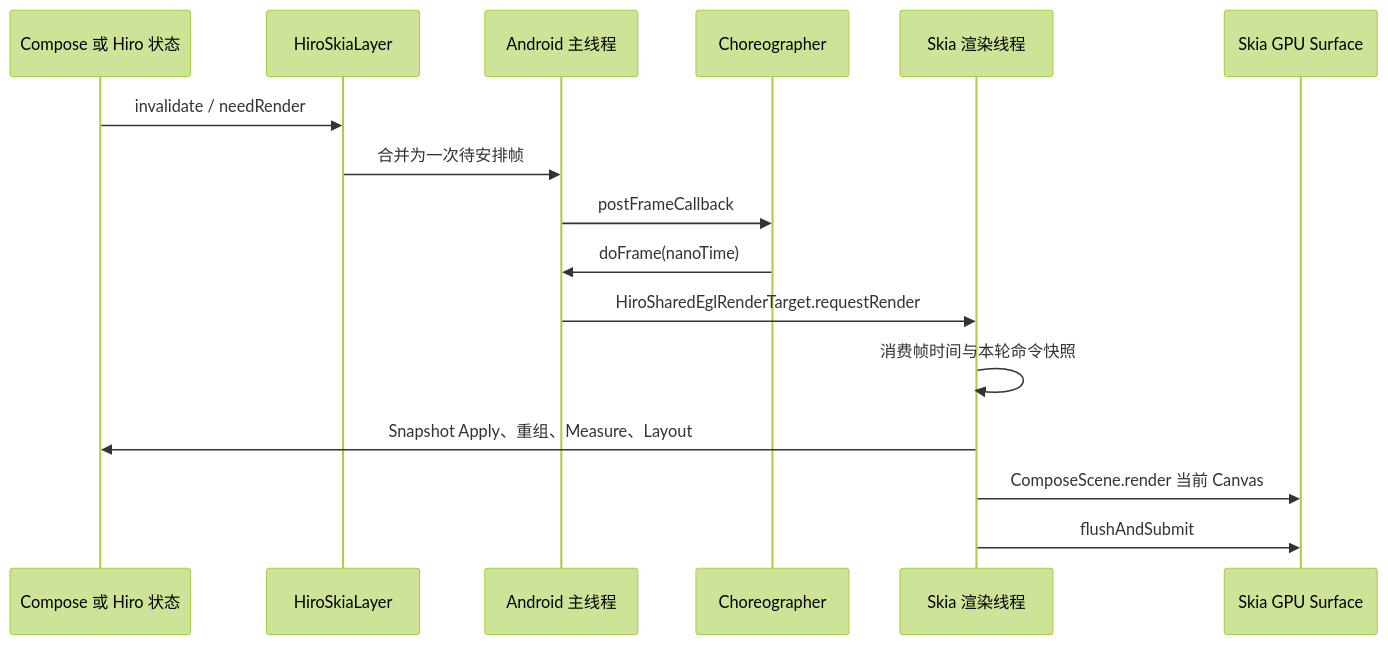
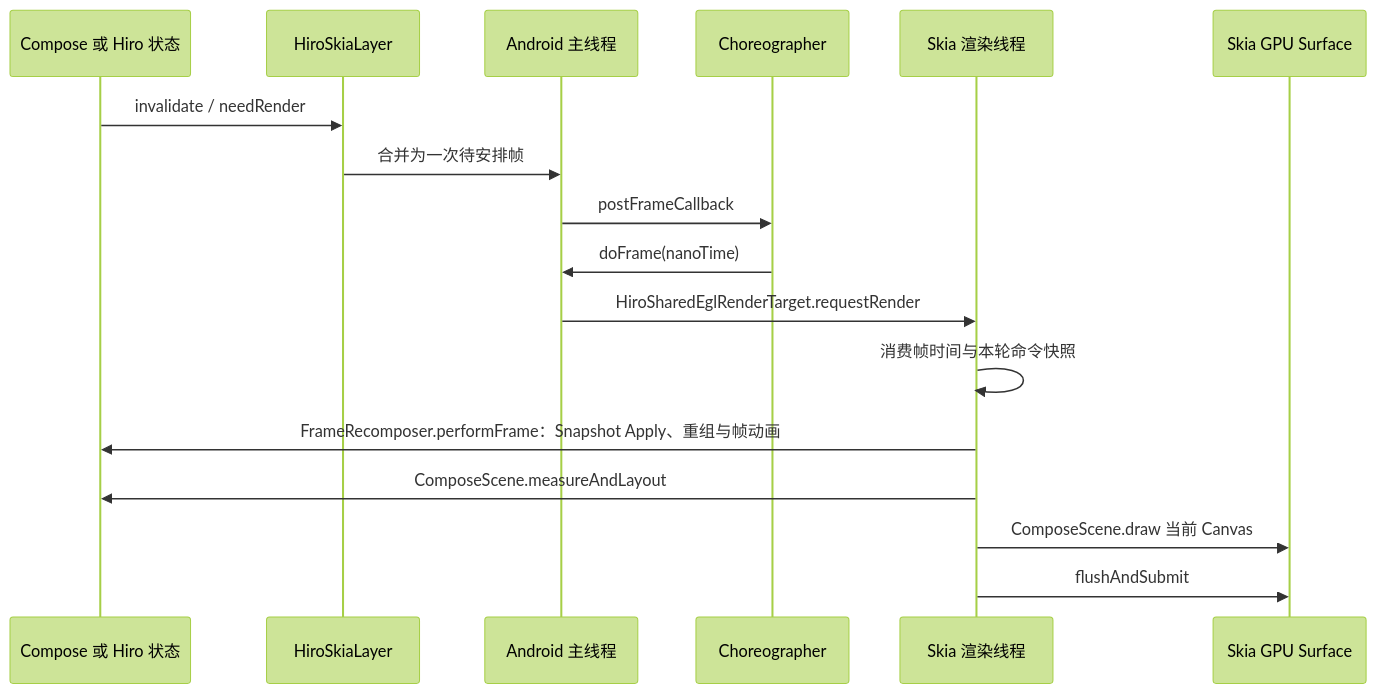
The eighth of 12 diagrams in docs/hiro-compose-arch.md (EarzuChan/Hiro), drawn with Mermaid (forest theme) before and after one commit. The commit also changed other lines of this file and 3 other files, not shown here.

Commit message:
docs: sync README, architecture notes and todo with the release work

````diff
--- a/docs/hiro-compose-arch.md
+++ b/docs/hiro-compose-arch.md
@@ -343,19 +352,20 @@
 ```mermaid
 sequenceDiagram
     participant Compose as Compose 或 Hiro 状态
     participant Layer as HiroSkiaLayer
     participant Main as Android 主线程
     participant Choreographer as Choreographer
     participant Render as Skia 渲染线程
     participant GPU as Skia GPU Surface
 
     Compose->>Layer: invalidate / needRender
     Layer->>Main: 合并为一次待安排帧
     Main->>Choreographer: postFrameCallback
     Choreographer->>Main: doFrame(nanoTime)
     Main->>Render: HiroSharedEglRenderTarget.requestRender
     Render->>Render: 消费帧时间与本轮命令快照
-    Render->>Compose: Snapshot Apply、重组、Measure、Layout
-    Render->>GPU: ComposeScene.render 当前 Canvas
+    Render->>Compose: FrameRecomposer.performFrame：Snapshot Apply、重组与帧动画
+    Render->>Compose: ComposeScene.measureAndLayout
+    Render->>GPU: ComposeScene.draw 当前 Canvas
     Render->>GPU: flushAndSubmit
 ```
````
